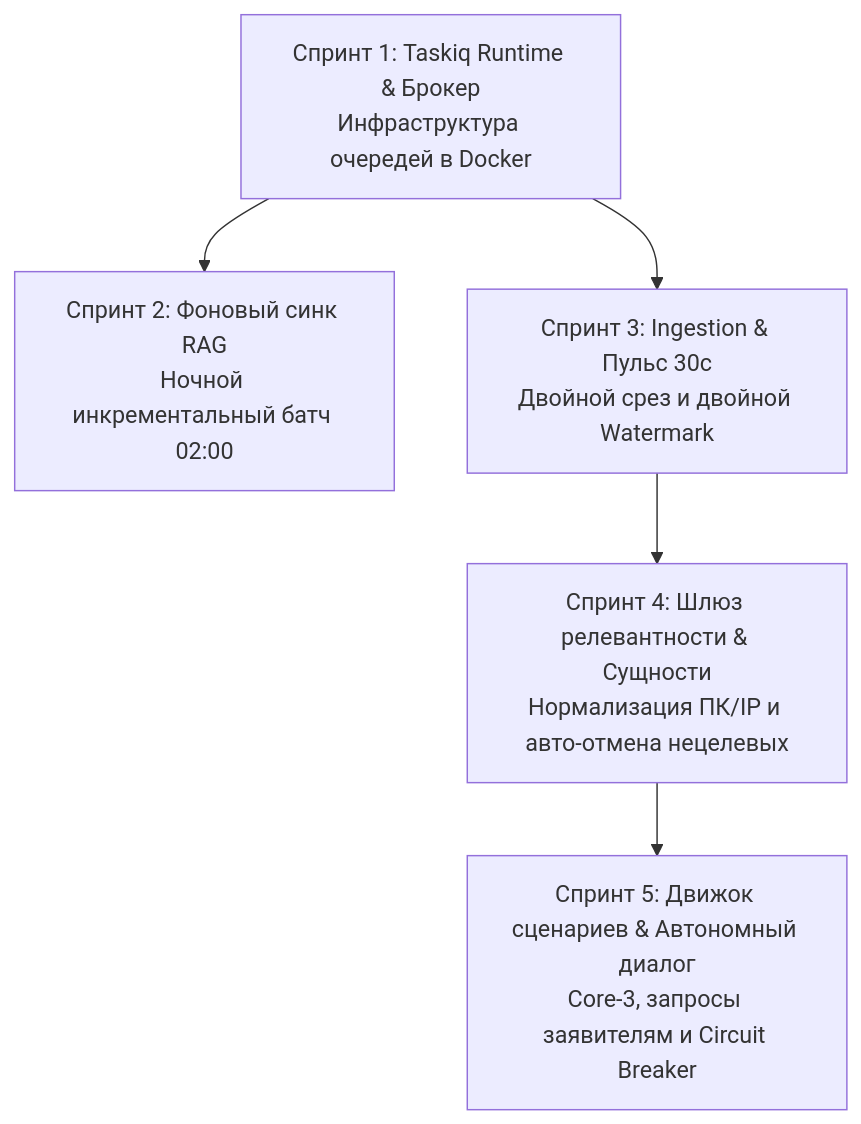
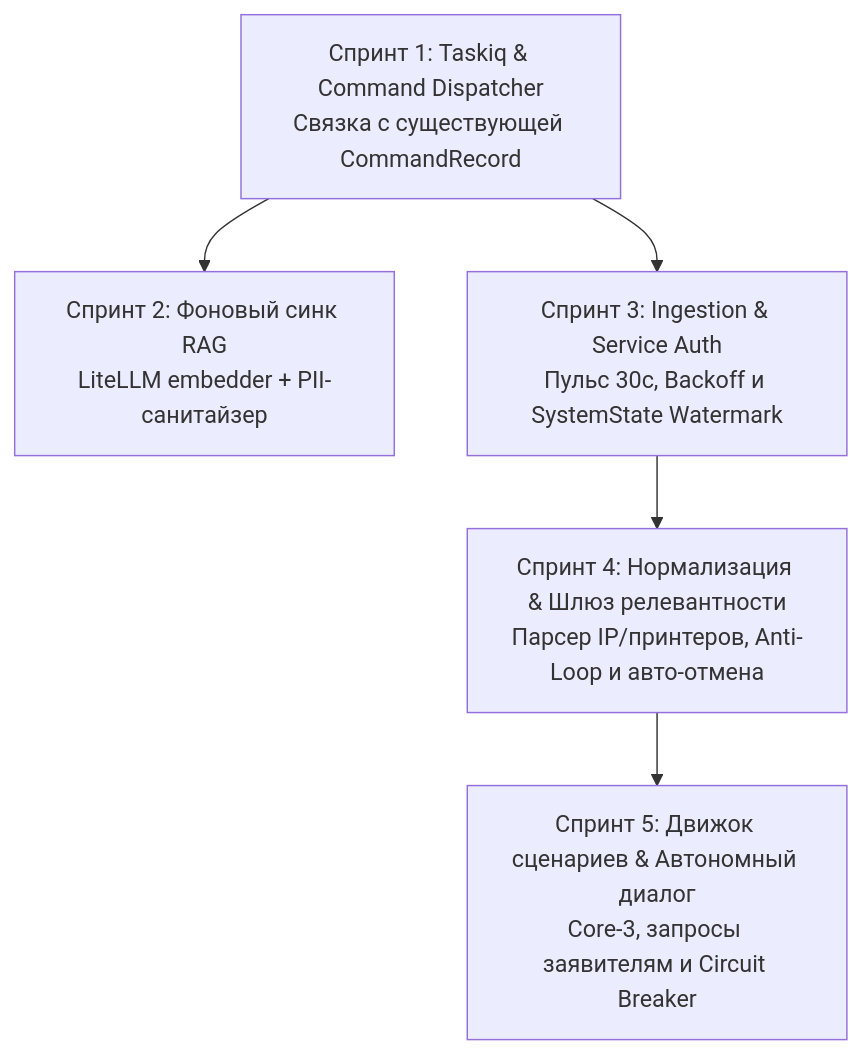
The diagram in docs/plans/v2-automation-implementation-plan.md (Unlesssebl/IntraLink), drawn with Mermaid before and after one commit. The commit also changed other lines of this file and 2 other files, not shown here.

Commit message:
docs(pipeline): update implementation plan with anti-loop guards, optimistic locking, and unified command bus

````diff
--- a/docs/plans/v2-automation-implementation-plan.md
+++ b/docs/plans/v2-automation-implementation-plan.md
@@ -18,7 +40,7 @@
 ```mermaid
 graph TD
-    S1[Спринт 1: Taskiq Runtime & Брокер<br/>Инфраструктура очередей в Docker] --> S2[Спринт 2: Фоновый синк RAG<br/>Ночной инкрементальный батч 02:00]
-    S1 --> S3[Спринт 3: Ingestion & Пульс 30с<br/>Двойной срез и двойной Watermark]
-    S3 --> S4[Спринт 4: Шлюз релевантности & Сущности<br/>Нормализация ПК/IP и авто-отмена нецелевых]
+    S1[Спринт 1: Taskiq & Command Dispatcher<br/>Связка с существующей CommandRecord] --> S2[Спринт 2: Фоновый синк RAG<br/>LiteLLM embedder + PII-санитайзер]
+    S1 --> S3[Спринт 3: Ingestion & Service Auth<br/>Пульс 30с, Backoff и SystemState Watermark]
+    S3 --> S4[Спринт 4: Нормализация & Шлюз релевантности<br/>Парсер IP/принтеров, Anti-Loop и авто-отмена]
     S4 --> S5[Спринт 5: Движок сценариев & Автономный диалог<br/>Core-3, запросы заявителям и Circuit Breaker]
 ```
````
